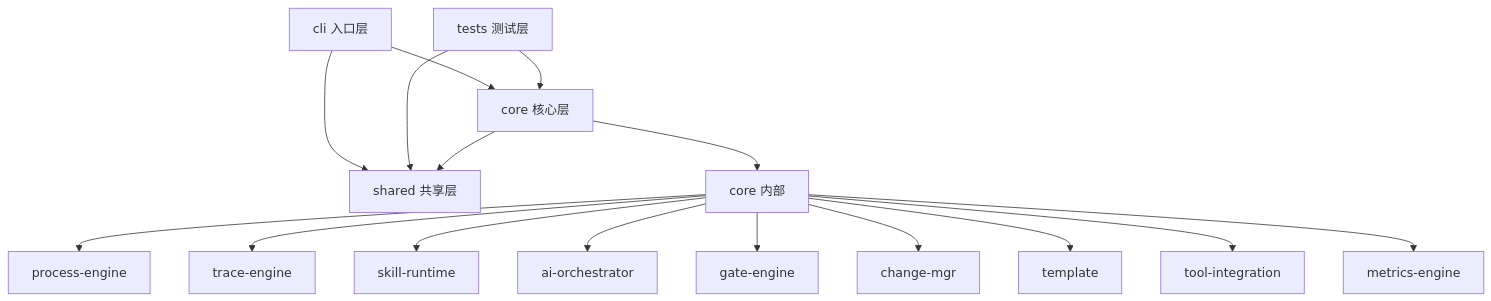
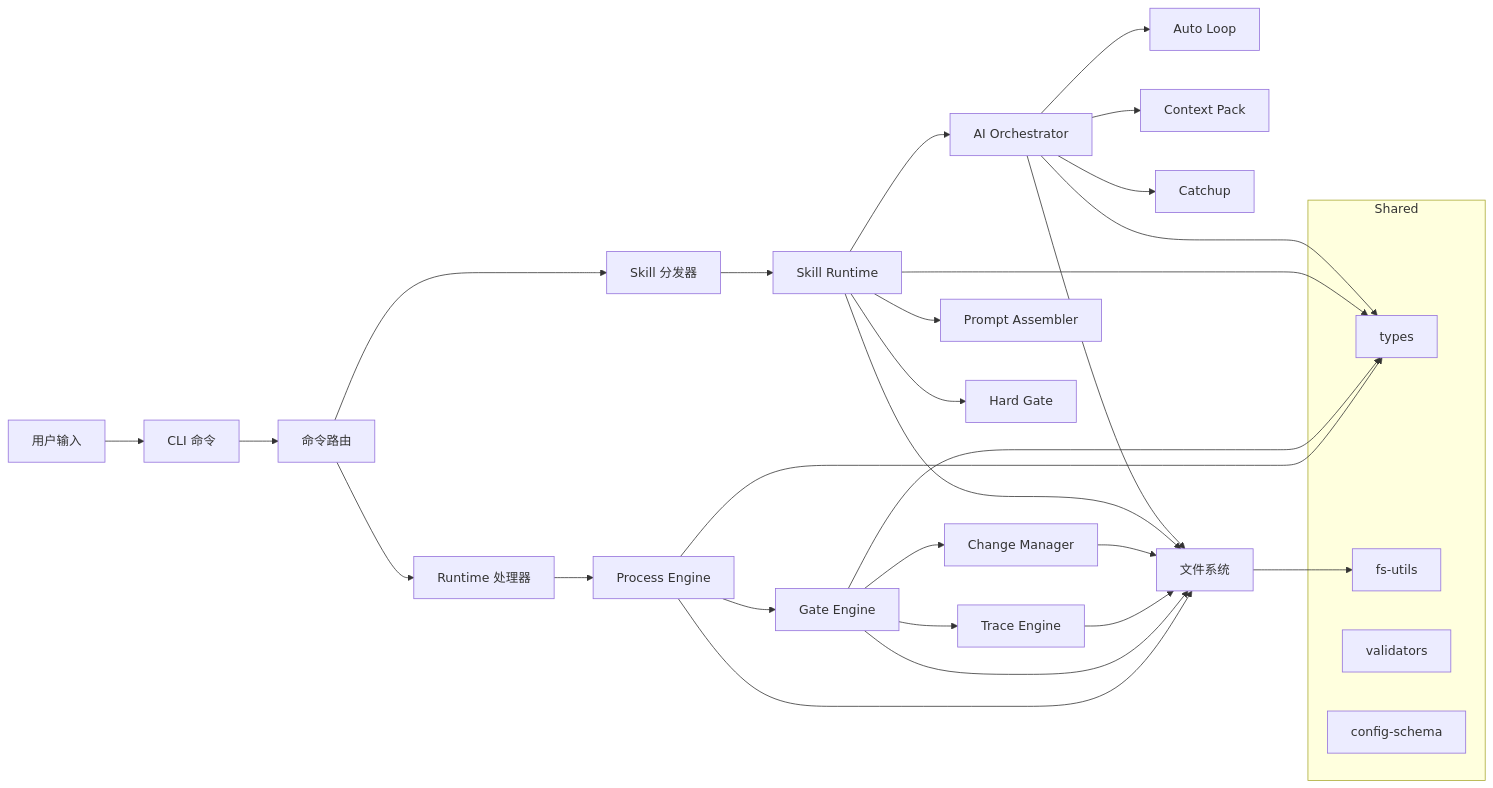
The second of 2 diagrams in docs/first/call-graph.md (leo-kuang-ai/spec-first), drawn with Mermaid before and after one commit. The commit also changed other lines of this file and 282 other files, not shown here.

````diff
--- a/docs/first/call-graph.md
+++ b/docs/first/call-graph.md
@@ -30,32 +369,41 @@
 ```mermaid
-graph TD
-    cli[cli 入口层] --> shared[shared 共享层]
-    cli --> core[core 核心层]
+flowchart LR
+    User[用户输入] --> CLI[CLI 命令]
+    CLI --> Router[命令路由]
+    Router --> Runtime[Runtime 处理器]
+    Router --> Skill[Skill 分发器]
 
-    tests[tests 测试层] --> shared
-    tests --> core
+    Runtime --> PE[Process Engine]
+    PE --> GE[Gate Engine]
+    GE --> TE[Trace Engine]
+    GE --> CM[Change Manager]
 
-    core --> shared
+    Skill --> SR[Skill Runtime]
+    SR --> PA[Prompt Assembler]
+    SR --> HG[Hard Gate]
+    SR --> AO[AI Orchestrator]
 
-    core2[core 内部]
-    process_engine[process-engine]
-    trace_engine[trace-engine]
-    skill_runtime[skill-runtime]
-    ai_orchestrator[ai-orchestrator]
-    gate_engine[gate-engine]
-    change_mgr[change-mgr]
-    template[template]
-    tool_integration[tool-integration]
-    metrics_engine[metrics-engine]
+    AO --> AL[Auto Loop]
+    AO --> CP[Context Pack]
+    AO --> CC[Catchup]
 
-    core --> core2
-    core2 --> process_engine
-    core2 --> trace_engine
-    core2 --> skill_runtime
-    core2 --> ai_orchestrator
-    core2 --> gate_engine
-    core2 --> change_mgr
-    core2 --> template
-    core2 --> tool_integration
-    core2 --> metrics_engine
+    PE --> FS[文件系统]
+    GE --> FS
+    TE --> FS
+    CM --> FS
+    SR --> FS
+    AO --> FS
+
+    subgraph Shared
+        ST[types]
+        SF[fs-utils]
+        SV[validators]
+        SC[config-schema]
+    end
+
+    FS --> SF
+    PE --> ST
+    GE --> ST
+    SR --> ST
+    AO --> ST
 ```
````
